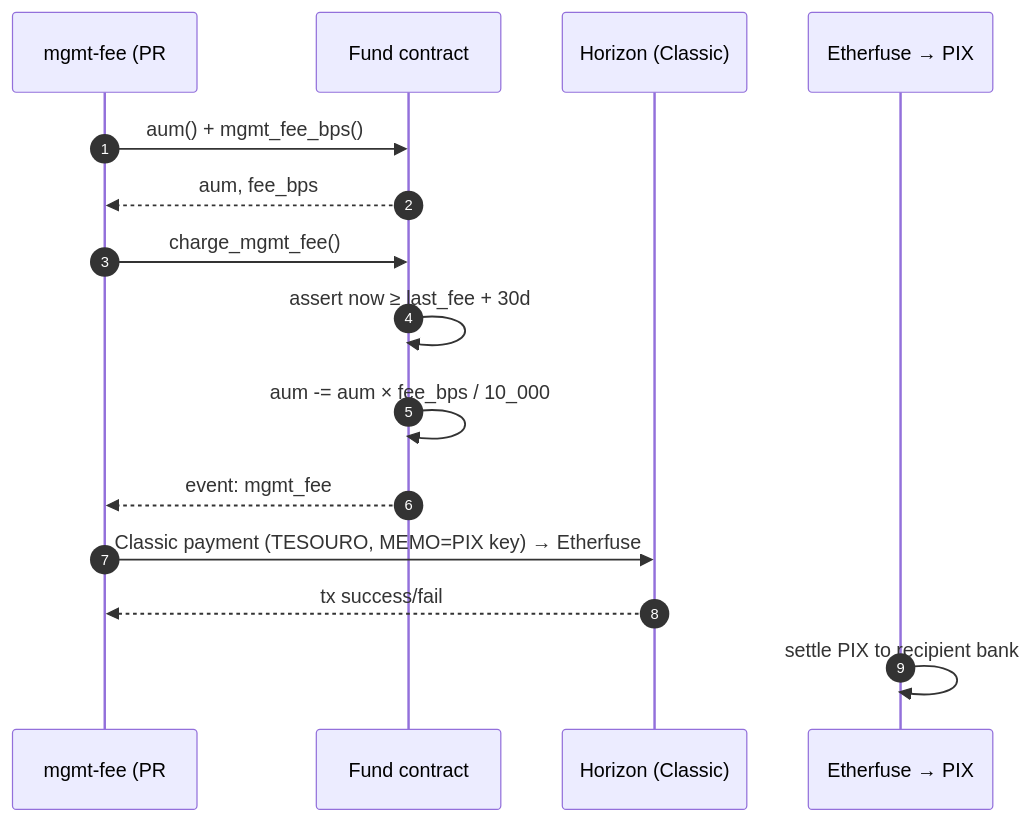
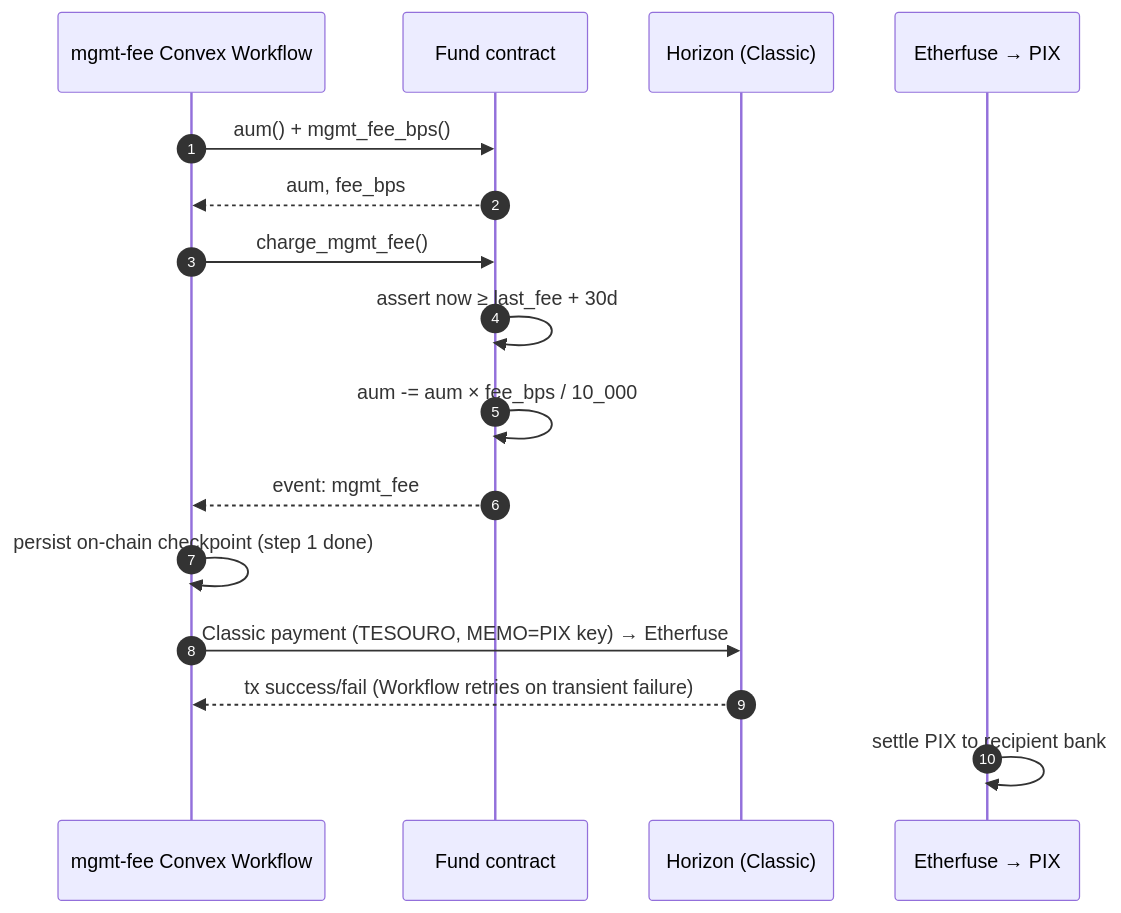
Before and after one commit to mutav-finance/mutav-stellar: the fifth of 7 diagrams in docs/architecture/06-canonical-flows.md, drawn with Mermaid. The commit also changed other lines of this file and 12 other files, not shown here.

First line of the commit message:
docs: consolidate target architecture per #57 (#58)

````diff
--- a/docs/architecture/06-canonical-flows.md
+++ b/docs/architecture/06-canonical-flows.md
@@ -122,18 +123,19 @@
 ```mermaid
 sequenceDiagram
     autonumber
-    participant D as mgmt-fee (PR #26)
+    participant W as mgmt-fee Convex Workflow
     participant F as Fund contract
     participant H as Horizon (Classic)
     participant E as Etherfuse → PIX
 
-    D->>F: aum() + mgmt_fee_bps()
-    F-->>D: aum, fee_bps
-    D->>F: charge_mgmt_fee()
+    W->>F: aum() + mgmt_fee_bps()
+    F-->>W: aum, fee_bps
+    W->>F: charge_mgmt_fee()
     F->>F: assert now ≥ last_fee + 30d
     F->>F: aum -= aum × fee_bps / 10_000
-    F-->>D: event: mgmt_fee
-    D->>H: Classic payment (TESOURO, MEMO=PIX key) → Etherfuse
-    H-->>D: tx success/fail
+    F-->>W: event: mgmt_fee
+    W->>W: persist on-chain checkpoint (step 1 done)
+    W->>H: Classic payment (TESOURO, MEMO=PIX key) → Etherfuse
+    H-->>W: tx success/fail (Workflow retries on transient failure)
     E->>E: settle PIX to recipient bank
 ```
````
